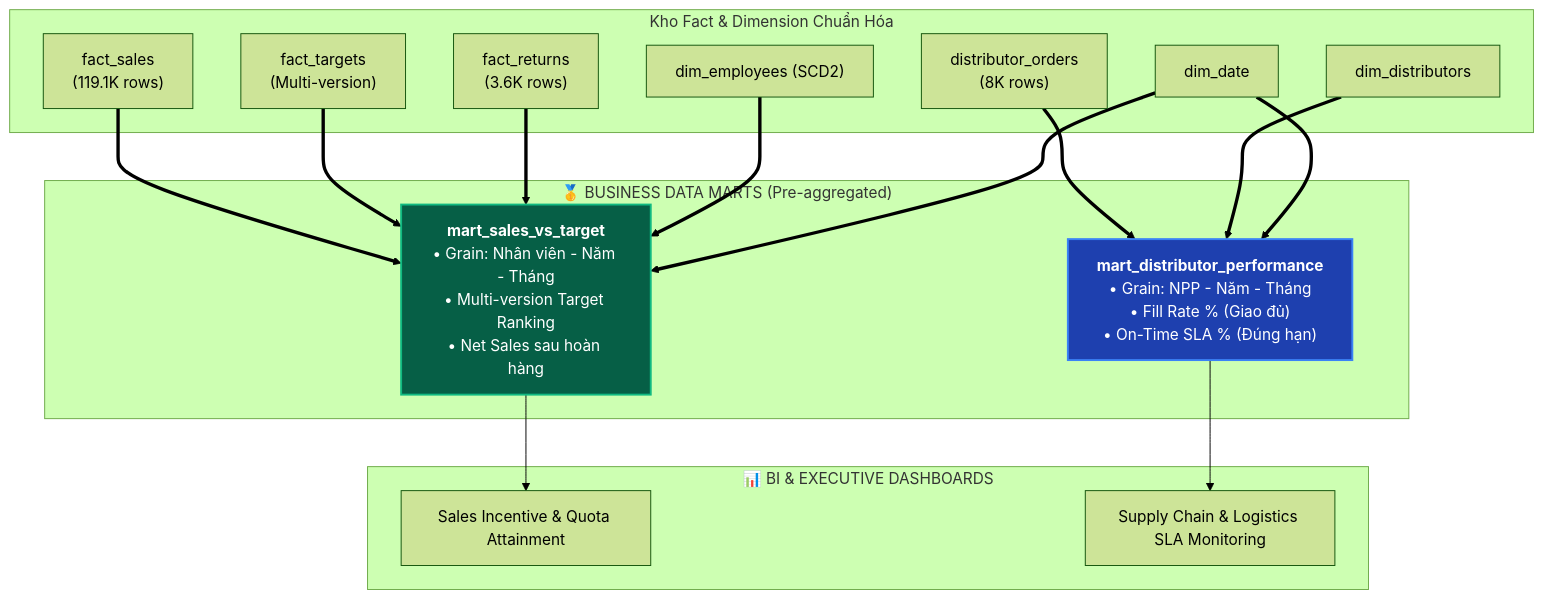
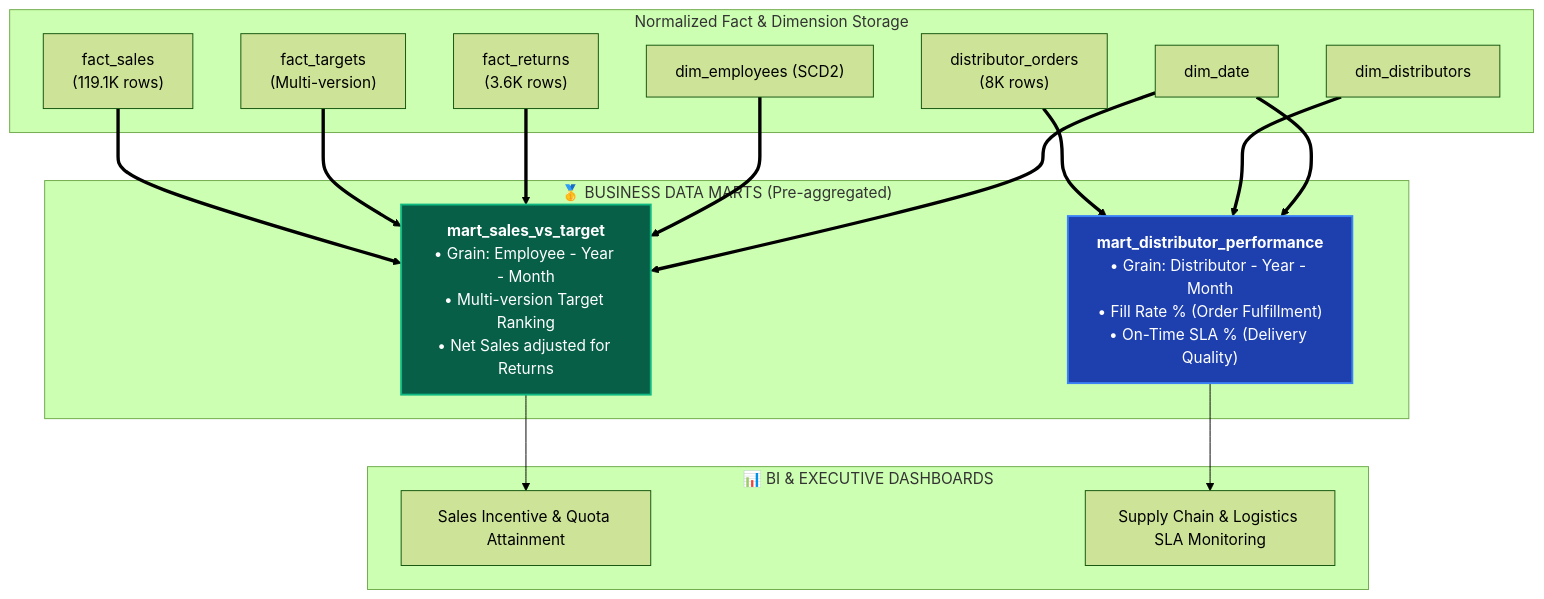
Before and after one commit to thunx280-ctrl/medallion-datapipeline: the fifth of 5 diagrams in README.md, drawn with Mermaid (forest theme). The commit also changed other lines of this file, not shown here.

````diff
--- a/README.md
+++ b/README.md
@@ -509,30 +509,30 @@
 ```mermaid
 flowchart TD
-    subgraph Facts ["Kho Fact & Dimension Chuẩn Hóa"]
+    subgraph Facts ["Normalized Fact & Dimension Storage"]
         F1["fact_sales<br/>(119.1K rows)"]
         F2["fact_targets<br/>(Multi-version)"]
         F3["fact_returns<br/>(3.6K rows)"]
         F4["distributor_orders<br/>(8K rows)"]
         D1["dim_employees (SCD2)"]
         D2["dim_distributors"]
         D3["dim_date"]
     end
 
     subgraph Marts ["🥇 BUSINESS DATA MARTS (Pre-aggregated)"]
-        M1["<b>mart_sales_vs_target</b><br/>• Grain: Nhân viên - Năm - Tháng<br/>• Multi-version Target Ranking<br/>• Net Sales sau hoàn hàng"]
-        M2["<b>mart_distributor_performance</b><br/>• Grain: NPP - Năm - Tháng<br/>• Fill Rate % (Giao đủ)<br/>• On-Time SLA % (Đúng hạn)"]
+        M1["<b>mart_sales_vs_target</b><br/>• Grain: Employee - Year - Month<br/>• Multi-version Target Ranking<br/>• Net Sales adjusted for Returns"]
+        M2["<b>mart_distributor_performance</b><br/>• Grain: Distributor - Year - Month<br/>• Fill Rate % (Order Fulfillment)<br/>• On-Time SLA % (Delivery Quality)"]
     end
 
     subgraph BI ["📊 BI & EXECUTIVE DASHBOARDS"]
         B1["Sales Incentive & Quota Attainment"]
         B2["Supply Chain & Logistics SLA Monitoring"]
     end
 
     F1 & F2 & F3 & D1 & D3 ==> M1
     F4 & D2 & D3 ==> M2
     M1 --> B1
     M2 --> B2
 
     style M1 fill:#065f46,stroke:#10b981,color:#ffffff,stroke-width:2px
     style M2 fill:#1e40af,stroke:#3b82f6,color:#ffffff,stroke-width:2px
 ```
````
